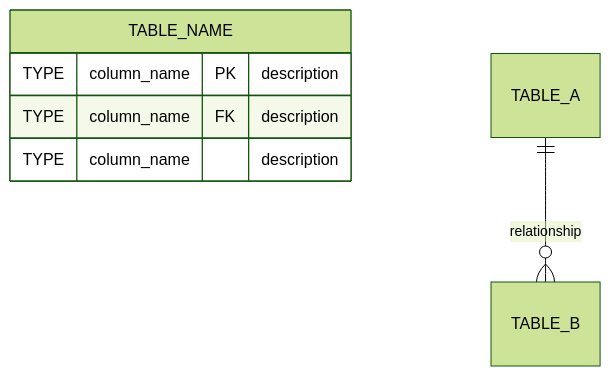
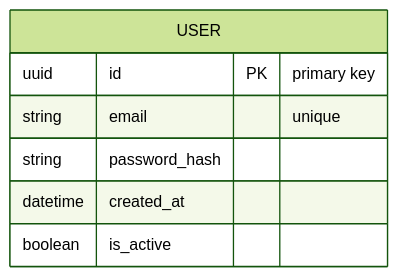
The sixth of 6 diagrams in document/SKILL.md (gmbarragam/claude-skills), drawn with Mermaid (forest theme) before and after one commit. The commit also changed other lines of this file, not shown here.

````diff
--- a/document/SKILL.md
+++ b/document/SKILL.md
@@ -443,9 +562,10 @@
 ```mermaid
 erDiagram
-    TABLE_NAME {
-        TYPE column_name PK "description"
-        TYPE column_name FK "description"
-        TYPE column_name "description"
+    USER {
+        uuid id PK "primary key"
+        string email "unique"
+        string password_hash
+        datetime created_at
+        boolean is_active
     }
-    TABLE_A ||--o{ TABLE_B : "relationship"
 ```
````
